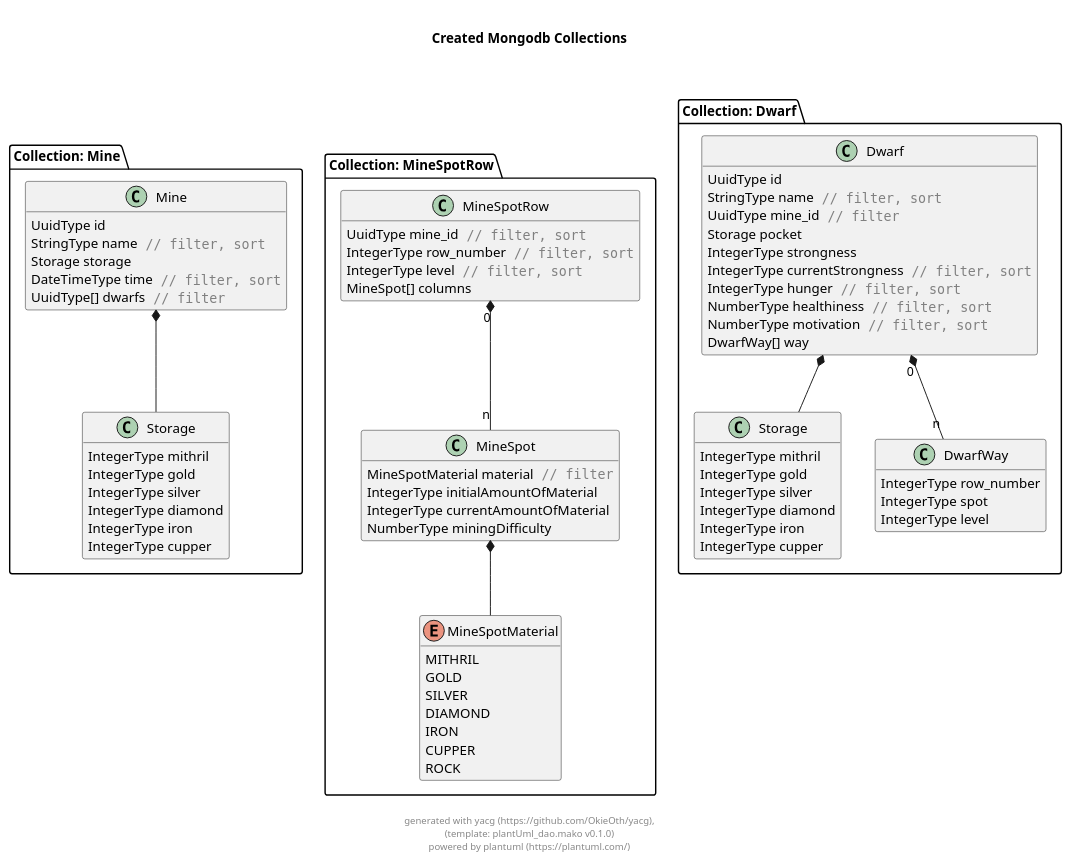
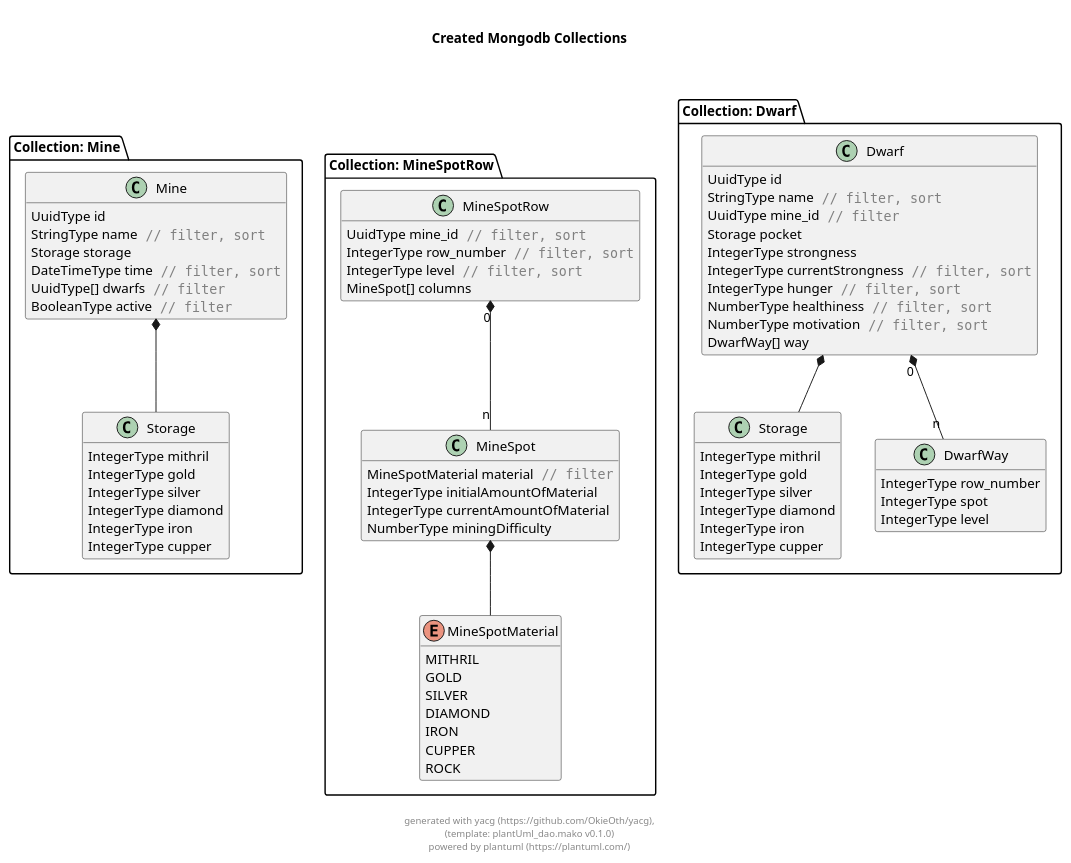
One commit to OkieOth/nibelheim_ts changed the diagram in docs/generated/nibelheim_dao.puml. Above: the diagram before and after it, drawn with PlantUML. The commit also changed 23 other files, not shown here.

```diff
--- a/docs/generated/nibelheim_dao.puml
+++ b/docs/generated/nibelheim_dao.puml
@@ -2,96 +2,97 @@
 @startuml
 hide empty methods
 
 title "\nCreated Mongodb Collections\n\n"
 
 package "Collection: Mine" {
 
     class "Mine" as Mine_Mine {
             UuidType id
             StringType name<color:grey>"" // filter, sort""</color>
             Storage storage
             DateTimeType time<color:grey>"" // filter, sort""</color>
             UuidType[] dwarfs<color:grey>"" // filter""</color>
+            BooleanType active<color:grey>"" // filter""</color>
     }
     class "Storage" as Mine_Storage {
             IntegerType mithril
             IntegerType gold
             IntegerType silver
             IntegerType diamond
             IntegerType iron
             IntegerType cupper
     }
 
     Mine_Mine  *--  Mine_Storage
 
 
 }
 package "Collection: MineSpotRow" {
 
     class "MineSpotRow" as MineSpotRow_MineSpotRow {
             UuidType mine_id<color:grey>"" // filter, sort""</color>
             IntegerType row_number<color:grey>"" // filter, sort""</color>
             IntegerType level<color:grey>"" // filter, sort""</color>
             MineSpot[] columns
     }
     class "MineSpot" as MineSpotRow_MineSpot {
             MineSpotMaterial material<color:grey>"" // filter""</color>
             IntegerType initialAmountOfMaterial
             IntegerType currentAmountOfMaterial
             NumberType miningDifficulty
     }
     enum "MineSpotMaterial" as MineSpotRow_MineSpotMaterial {
         MITHRIL
         GOLD
         SILVER
         DIAMOND
         IRON
         CUPPER
         ROCK
     }
 
     MineSpotRow_MineSpotRow "0" *-- "n" MineSpotRow_MineSpot
 
 
     MineSpotRow_MineSpot  *--  MineSpotRow_MineSpotMaterial
 
 
 }
 package "Collection: Dwarf" {
 
     class "Dwarf" as Dwarf_Dwarf {
             UuidType id
             StringType name<color:grey>"" // filter, sort""</color>
             UuidType mine_id<color:grey>"" // filter""</color>
             Storage pocket
             IntegerType strongness
             IntegerType currentStrongness<color:grey>"" // filter, sort""</color>
             IntegerType hunger<color:grey>"" // filter, sort""</color>
             NumberType healthiness<color:grey>"" // filter, sort""</color>
             NumberType motivation<color:grey>"" // filter, sort""</color>
             DwarfWay[] way
     }
     class "Storage" as Dwarf_Storage {
             IntegerType mithril
             IntegerType gold
             IntegerType silver
             IntegerType diamond
             IntegerType iron
             IntegerType cupper
     }
     class "DwarfWay" as Dwarf_DwarfWay {
             IntegerType row_number
             IntegerType spot
             IntegerType level
     }
 
     Dwarf_Dwarf  *--  Dwarf_Storage
 
     Dwarf_Dwarf "0" *-- "n" Dwarf_DwarfWay
 
 
 
 }
 
 footer \ngenerated with yacg (https://github.com/OkieOth/yacg),\n(template: plantUml_dao.mako v0.1.0)\npowered by plantuml (https://plantuml.com/)
 @enduml
```
